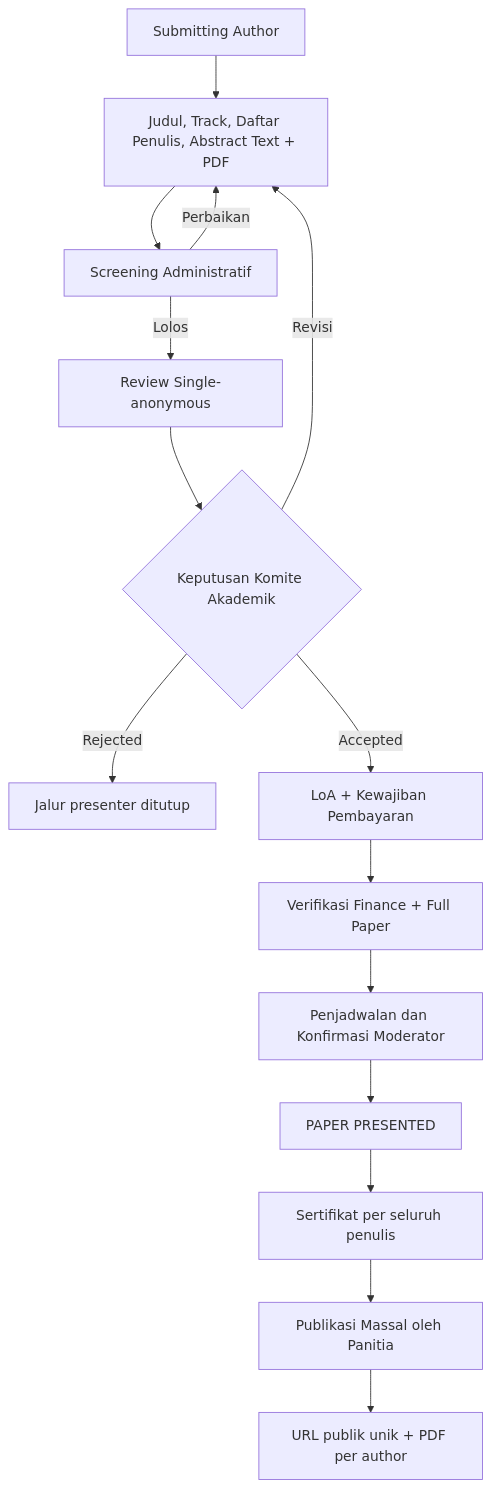
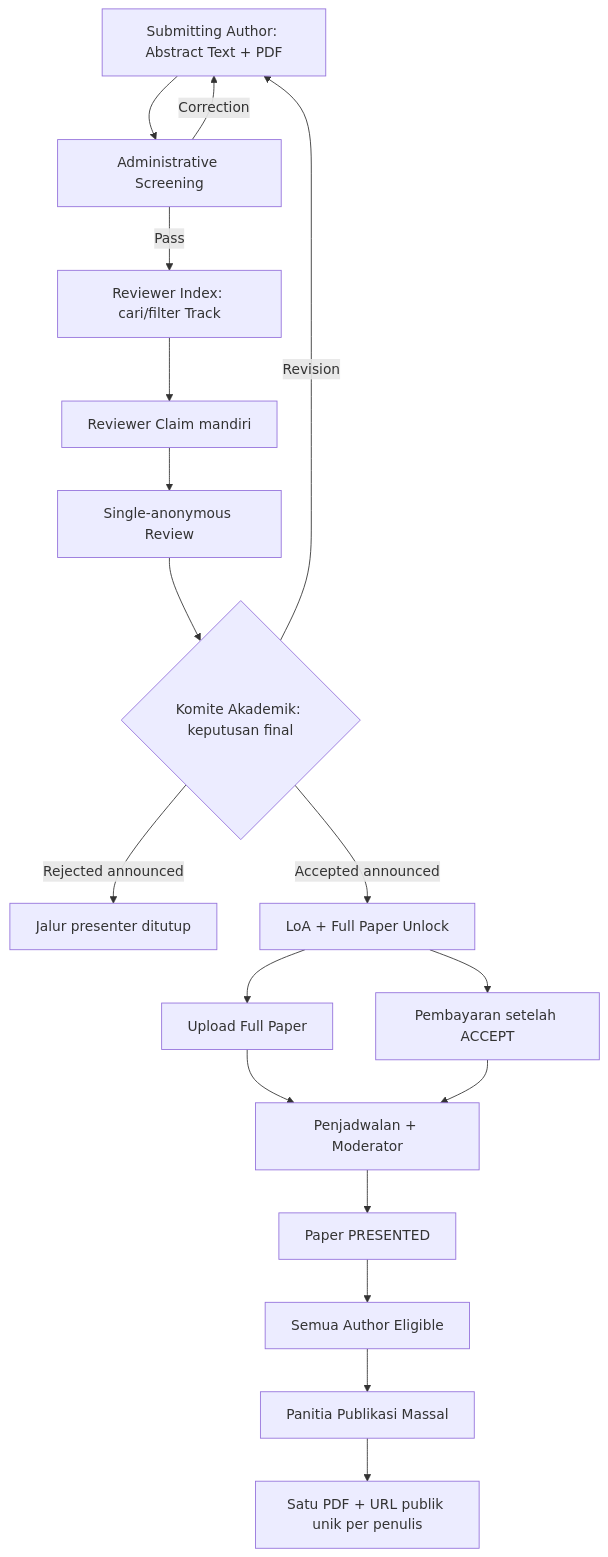
One commit to akhmadafnan/iches-unisya changed the fifth of 9 diagrams in docs/00-PRESENTASI-WAREK-I.md. Above: the diagram before and after it, drawn with Mermaid. The commit also changed other lines of this file and 6 other files, not shown here.

Commit message:
docs: adopt Co-Host correction, reviewer topic self-claim and decision-triggered full paper

````diff
--- a/docs/00-PRESENTASI-WAREK-I.md
+++ b/docs/00-PRESENTASI-WAREK-I.md
@@ -90,17 +126,20 @@
 ```mermaid
 flowchart TD
-  A["Submitting Author"] --> B["Judul, Track, Daftar Penulis, Abstract Text + PDF"]
-  B --> C["Screening Administratif"]
-  C -->|Perbaikan| B
-  C -->|Lolos| D["Review Single-anonymous"]
-  D --> E{"Keputusan Komite Akademik"}
-  E -->|Revisi| B
-  E -->|Rejected| X["Jalur presenter ditutup"]
-  E -->|Accepted| F["LoA + Kewajiban Pembayaran"]
-  F --> G["Verifikasi Finance + Full Paper"]
-  G --> H["Penjadwalan dan Konfirmasi Moderator"]
-  H --> I["PAPER PRESENTED"]
-  I --> J["Sertifikat per seluruh penulis"]
-  J --> K["Publikasi Massal oleh Panitia"]
-  K --> L["URL publik unik + PDF per author"]
+  A["Submitting Author: Abstract Text + PDF"] --> B["Administrative Screening"]
+  B -->|Correction| A
+  B -->|Pass| C["Reviewer Index: cari/filter Track"]
+  C --> D["Reviewer Claim mandiri"]
+  D --> E["Single-anonymous Review"]
+  E --> F{"Komite Akademik: keputusan final"}
+  F -->|Revision| A
+  F -->|Rejected announced| X["Jalur presenter ditutup"]
+  F -->|Accepted announced| G["LoA + Full Paper Unlock"]
+  G --> H["Upload Full Paper"]
+  G --> I["Pembayaran setelah ACCEPT"]
+  H --> J["Penjadwalan + Moderator"]
+  I --> J
+  J --> K["Paper PRESENTED"]
+  K --> L["Semua Author Eligible"]
+  L --> M["Panitia Publikasi Massal"]
+  M --> N["Satu PDF + URL publik unik per penulis"]
 ```
````
